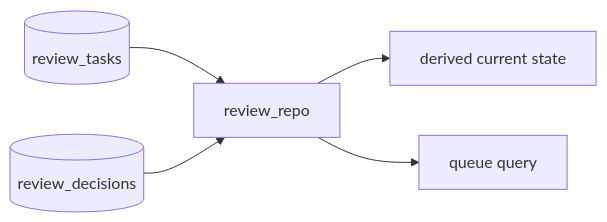
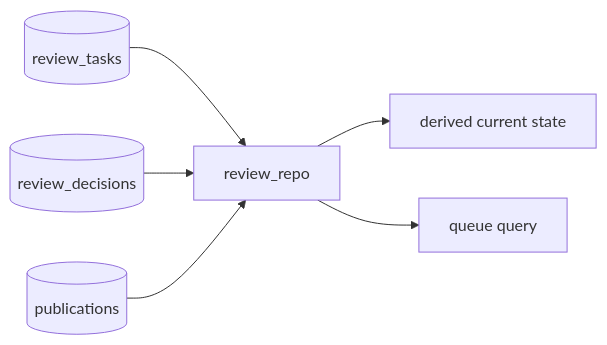
The second of 10 diagrams in docs/tasks/s-160-review-publication-workspace.md (krukmat/dubbridge), drawn with Mermaid before and after one commit. The commit also changed other lines of this file and 5 other files, not shown here.

````diff
--- a/docs/tasks/s-160-review-publication-workspace.md
+++ b/docs/tasks/s-160-review-publication-workspace.md
@@ -455,7 +471,8 @@
   ```mermaid
   flowchart LR
     RT[(review_tasks)] --> RR[review_repo]
     RD[(review_decisions)] --> RR
+    RP[(publications)] --> RR
     RR --> DS[derived current state]
     RR --> Q[queue query]
   ```
````
